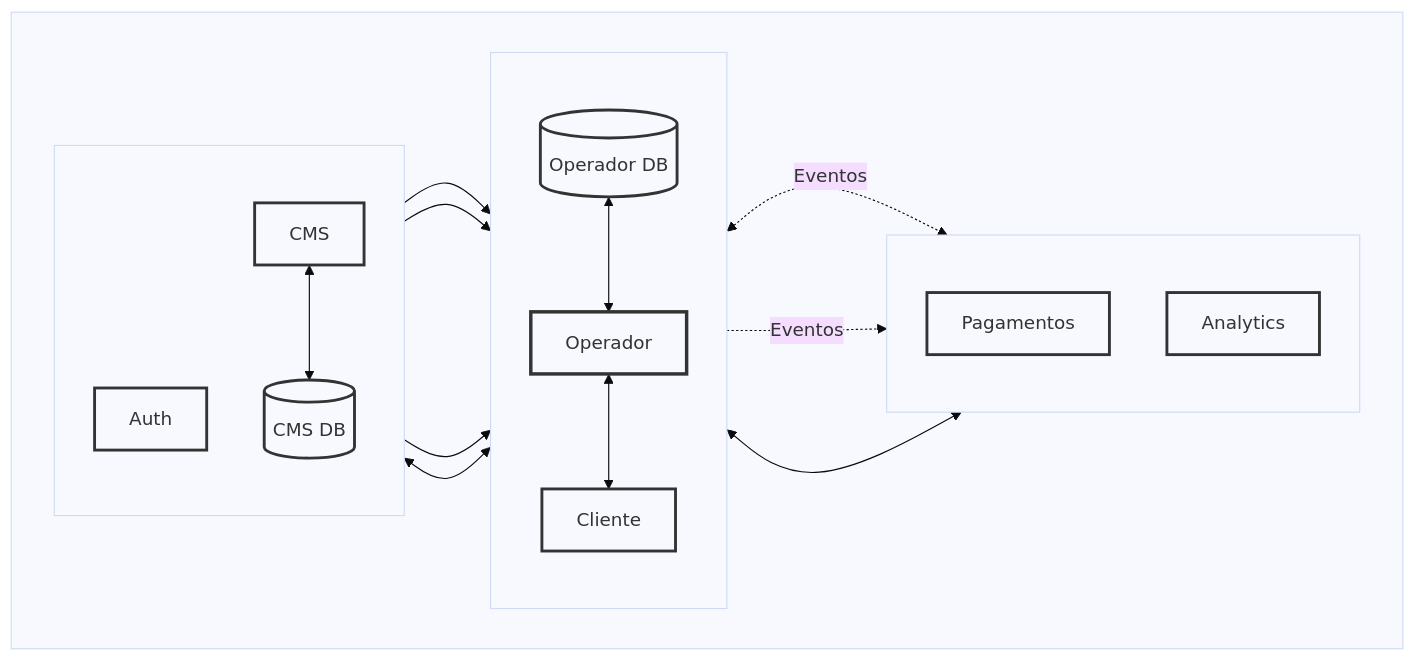
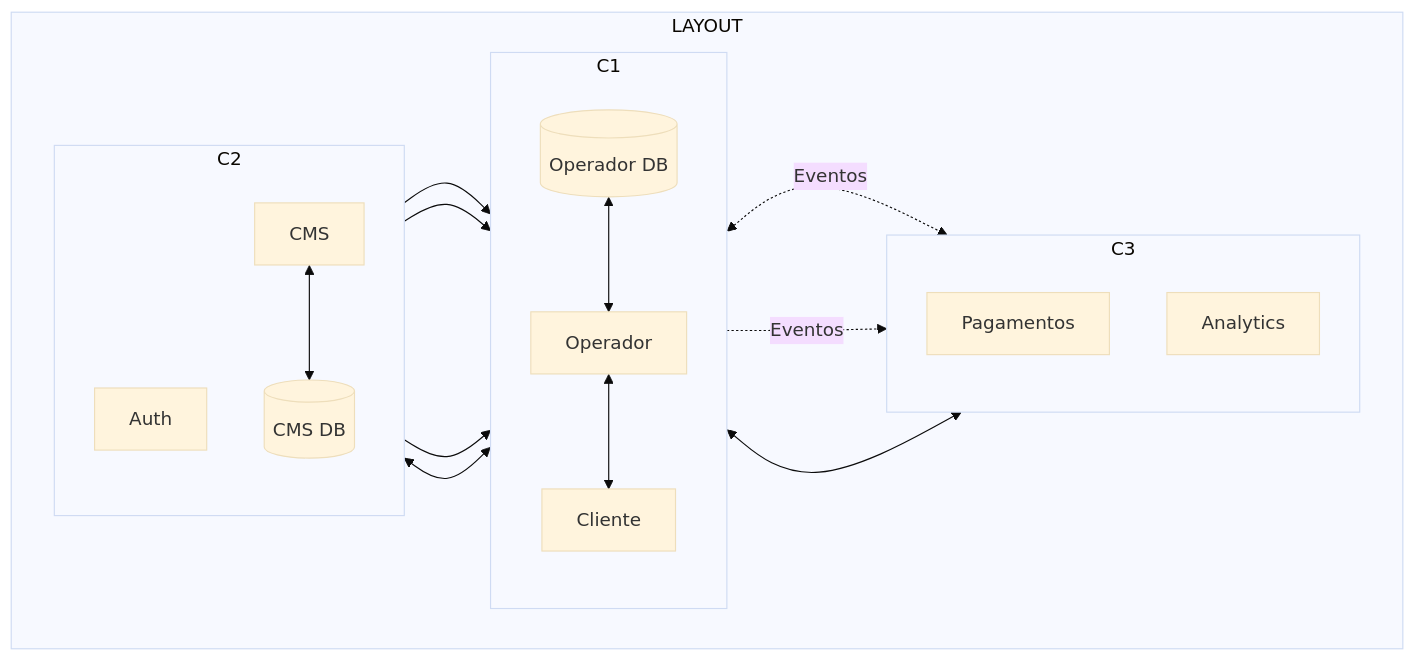
Before and after one commit to FormigTeen/spec-arch: the first of 9 diagrams in README.md, drawn with Mermaid (base theme). The commit also changed other lines of this file and 1 other file, not shown here.

````diff
--- a/README.md
+++ b/README.md
@@ -85,38 +84,34 @@
 ```mermaid
 flowchart TB
-  classDef comp fill:transparent,stroke:#333,stroke-width:2.5px,color:#333
-  classDef compCore fill:transparent,stroke:#333,stroke-width:3px,color:#333
-  classDef db fill:transparent,stroke:#333,stroke-width:2.5px,color:#333
-
-  subgraph LAYOUT[ ]
+  subgraph LAYOUT
     direction LR
-    subgraph C1[ ]
+    subgraph C1
       direction TB
-      CLI["Cliente"]:::comp
-      OPER["Operador"]:::compCore
-      DB_OPER[(Operador DB)]:::db
+      CLI[Cliente]
+      OPER[Operador]
+      DB_OPER[(Operador DB)]
     end
-    subgraph C2[ ]
+    subgraph C2
       direction TB
-      AUTH["Auth"]:::comp
-      CMS["CMS"]:::comp
-      DB_CMS[(CMS DB)]:::db
+      AUTH[Auth]
+      CMS[CMS]
+      DB_CMS[(CMS DB)]
     end
-    subgraph C3[ ]
+    subgraph C3
       direction TB
-      PAY["Pagamentos"]:::comp
-      NOTIF["Analytics"]:::comp
+      PAY[Pagamentos]
+      NOTIF[Analytics]
     end
   end
 
   DB_OPER <--> OPER
   OPER <--> CLI
   CLI <-. Eventos .-> NOTIF
   OPER -. Eventos .-> NOTIF
   CLI <--> AUTH
   CMS --> CLI
   AUTH --> OPER
   CMS --> OPER
   OPER <--> PAY
   CMS <--> DB_CMS
 ```
````
